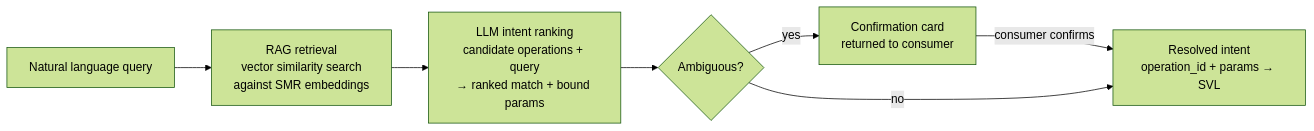
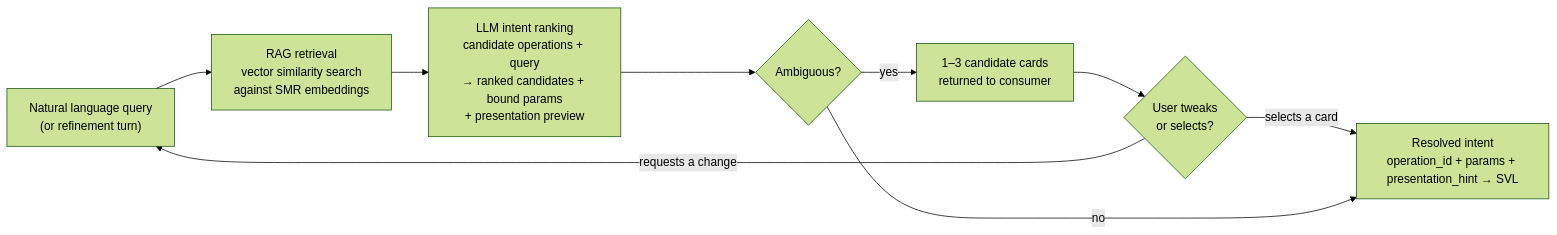
One commit to M-A-Operating-System/shared-work changed the third of 8 diagrams in docs/product/analytics/02-core-capabilities.md. Above: the diagram before and after it, drawn with Mermaid (forest theme). The commit also changed other lines of this file, not shown here.

First line of the commit message:
Expand IRA: multi-candidate cards, conversational refinement, presentation preview

````diff
--- a/docs/product/analytics/02-core-capabilities.md
+++ b/docs/product/analytics/02-core-capabilities.md
@@ -463,14 +491,17 @@
 ```mermaid
 flowchart LR
-    NL["Natural language query"]
+    NL["Natural language query\n(or refinement turn)"]
     RAG["RAG retrieval\nvector similarity search\nagainst SMR embeddings"]
-    RANK["LLM intent ranking\ncandidate operations + query\n→ ranked match + bound params"]
+    RANK["LLM intent ranking\ncandidate operations + query\n→ ranked candidates + bound params\n+ presentation preview"]
     CONF{"Ambiguous?"}
-    CARD["Confirmation card\nreturned to consumer"]
-    OUT["Resolved intent\noperation_id + params → SVL"]
+    CARDS["1–3 candidate cards\nreturned to consumer"]
+    REFINE{"User tweaks\nor selects?"}
+    OUT["Resolved intent\noperation_id + params + presentation_hint → SVL"]
 
     NL --> RAG --> RANK --> CONF
-    CONF -->|"yes"| CARD
-    CARD -->|"consumer confirms"| OUT
+    CONF -->|"yes"| CARDS
+    CARDS --> REFINE
+    REFINE -->|"selects a card"| OUT
+    REFINE -->|"requests a change"| NL
     CONF -->|"no"| OUT
 ```
````
